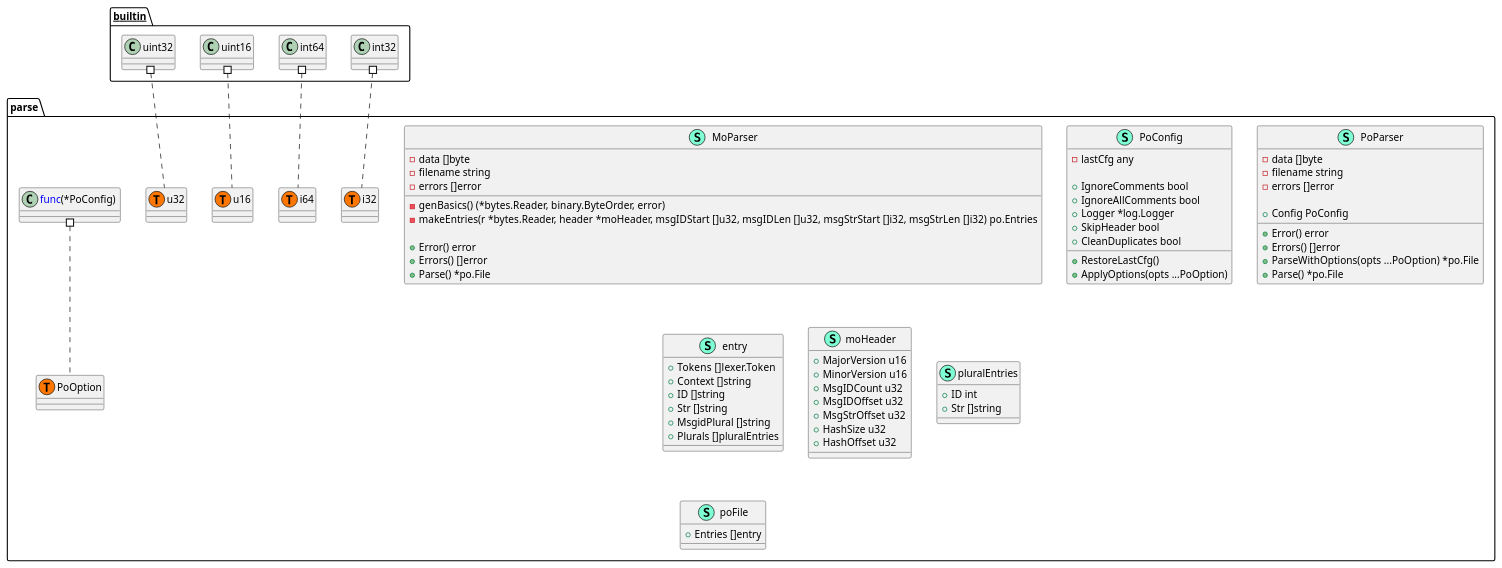
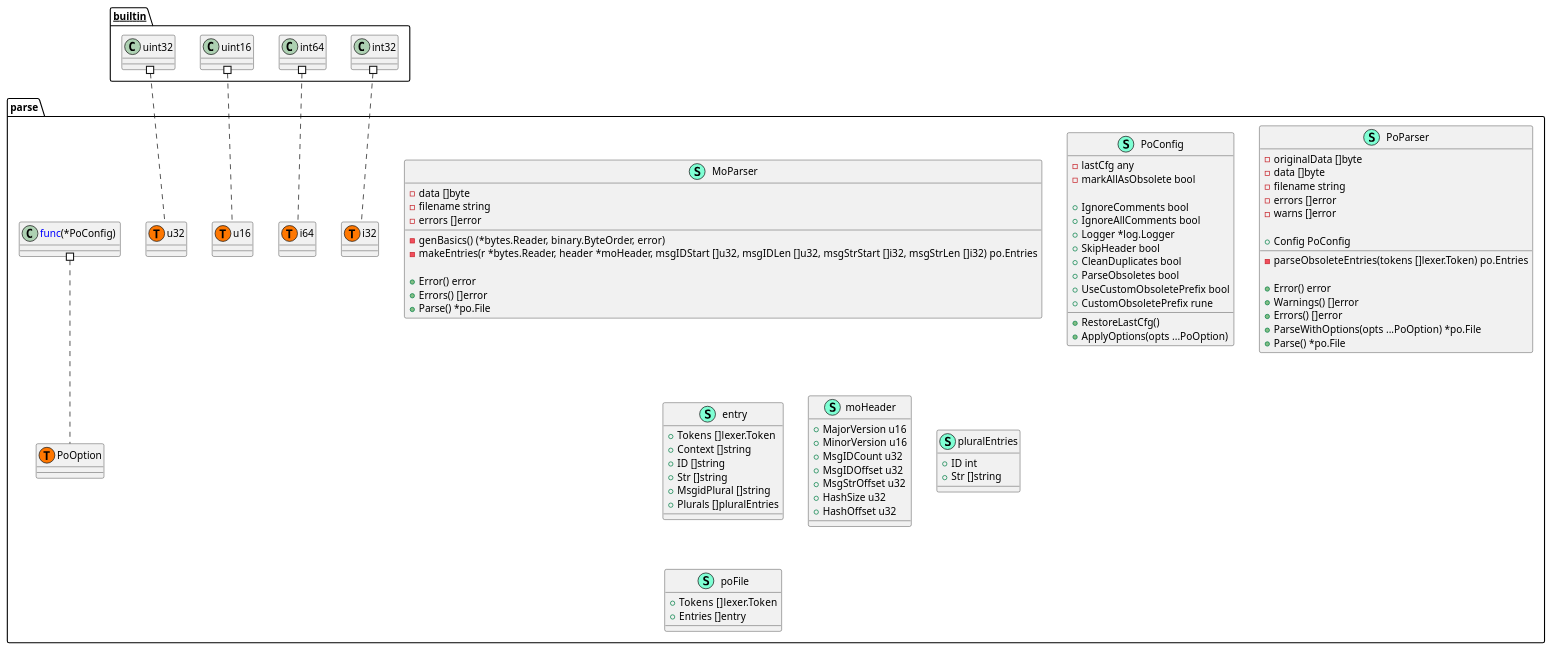
One commit to Tom5521/gotext-tools changed the diagram in pkg/po/parse/structure.puml. Above: the diagram before and after it, drawn with PlantUML. The commit also changed 3 other files, not shown here.

```diff
--- a/pkg/po/parse/structure.puml
+++ b/pkg/po/parse/structure.puml
@@ -1,88 +1,98 @@
 @startuml
 namespace parse {
     class MoParser << (S,Aquamarine) >> {
         - data []byte
         - filename string
         - errors []error
 
         - genBasics() (*bytes.Reader, binary.ByteOrder, error)
         - makeEntries(r *bytes.Reader, header *moHeader, msgIDStart []u32, msgIDLen []u32, msgStrStart []i32, msgStrLen []i32) po.Entries
 
         + Error() error
         + Errors() []error
         + Parse() *po.File
 
     }
     class PoConfig << (S,Aquamarine) >> {
         - lastCfg any
+        - markAllAsObsolete bool
 
         + IgnoreComments bool
         + IgnoreAllComments bool
         + Logger *log.Logger
         + SkipHeader bool
         + CleanDuplicates bool
+        + ParseObsoletes bool
+        + UseCustomObsoletePrefix bool
+        + CustomObsoletePrefix rune
 
         + RestoreLastCfg() 
         + ApplyOptions(opts ...PoOption) 
 
     }
     class PoParser << (S,Aquamarine) >> {
+        - originalData []byte
         - data []byte
         - filename string
         - errors []error
+        - warns []error
 
         + Config PoConfig
 
+        - parseObsoleteEntries(tokens []lexer.Token) po.Entries
+
         + Error() error
+        + Warnings() []error
         + Errors() []error
         + ParseWithOptions(opts ...PoOption) *po.File
         + Parse() *po.File
 
     }
     class entry << (S,Aquamarine) >> {
         + Tokens []lexer.Token
         + Context []string
         + ID []string
         + Str []string
         + MsgidPlural []string
         + Plurals []pluralEntries
 
     }
     class moHeader << (S,Aquamarine) >> {
         + MajorVersion u16
         + MinorVersion u16
         + MsgIDCount u32
         + MsgIDOffset u32
         + MsgStrOffset u32
         + HashSize u32
         + HashOffset u32
 
     }
     class parse.PoOption << (T, #FF7700) >>  {
     }
     class parse.i32 << (T, #FF7700) >>  {
     }
     class parse.i64 << (T, #FF7700) >>  {
     }
     class parse.u16 << (T, #FF7700) >>  {
     }
     class parse.u32 << (T, #FF7700) >>  {
     }
     class pluralEntries << (S,Aquamarine) >> {
         + ID int
         + Str []string
 
     }
     class poFile << (S,Aquamarine) >> {
+        + Tokens []lexer.Token
         + Entries []entry
 
     }
 }
 
 
 "__builtin__.int32" #.. "parse.i32"
 "__builtin__.int64" #.. "parse.i64"
 "__builtin__.uint16" #.. "parse.u16"
 "__builtin__.uint32" #.. "parse.u32"
 "parse.<font color=blue>func</font>(*PoConfig) " #.. "parse.PoOption"
 @enduml
```
